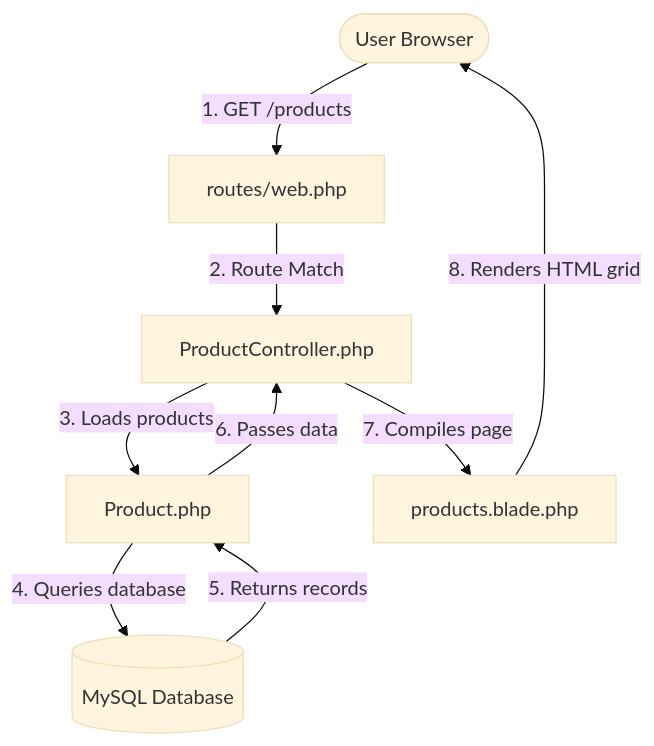
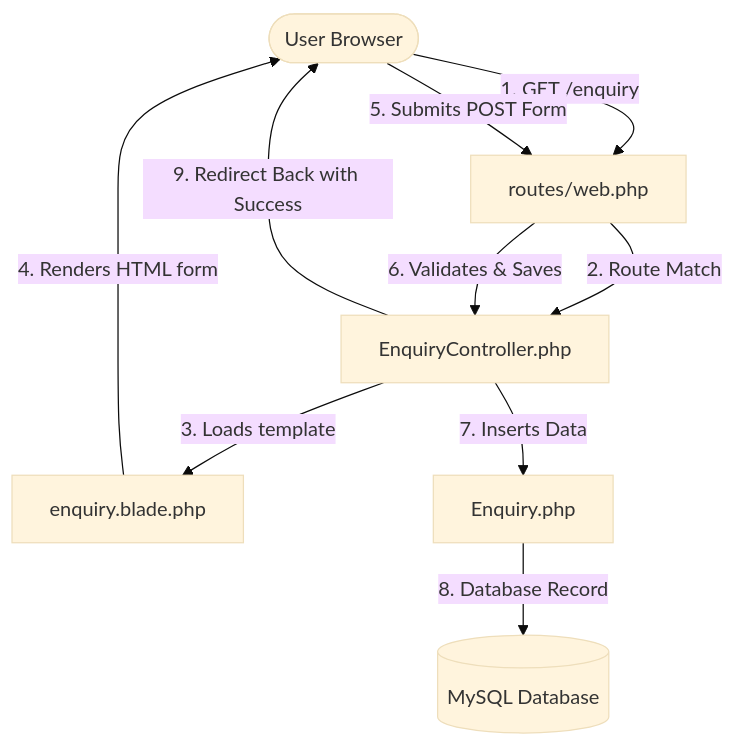
Before and after one commit to suhaimali/laravel-enquiry-system: the diagram in README.md, drawn with Mermaid (base theme). The commit also changed other lines of this file and 6 other files, not shown here.

Commit message:
clean: Remove all product-related code files, schemas, and documentation

````diff
--- a/README.md
+++ b/README.md
@@ -137,11 +116,12 @@
 ```mermaid
 graph TD
-    User([User Browser]) -->|1. GET /products| Router[routes/web.php]
-    Router -->|2. Route Match| Controller[ProductController.php]
-    Controller -->|3. Loads products| Model[Product.php]
-    Model -->|4. Queries database| DB[(MySQL Database)]
-    DB -->|5. Returns records| Model
-    Model -->|6. Passes data| Controller
-    Controller -->|7. Compiles page| View[products.blade.php]
-    View -->|8. Renders HTML grid| User
+    User([User Browser]) -->|1. GET /enquiry| Router[routes/web.php]
+    Router -->|2. Route Match| Controller[EnquiryController.php]
+    Controller -->|3. Loads template| View[enquiry.blade.php]
+    View -->|4. Renders HTML form| User
+    User -->|5. Submits POST Form| Router
+    Router -->|6. Validates & Saves| Controller
+    Controller -->|7. Inserts Data| Model[Enquiry.php]
+    Model -->|8. Database Record| DB[(MySQL Database)]
+    Controller -->|9. Redirect Back with Success| User
 ```
````
